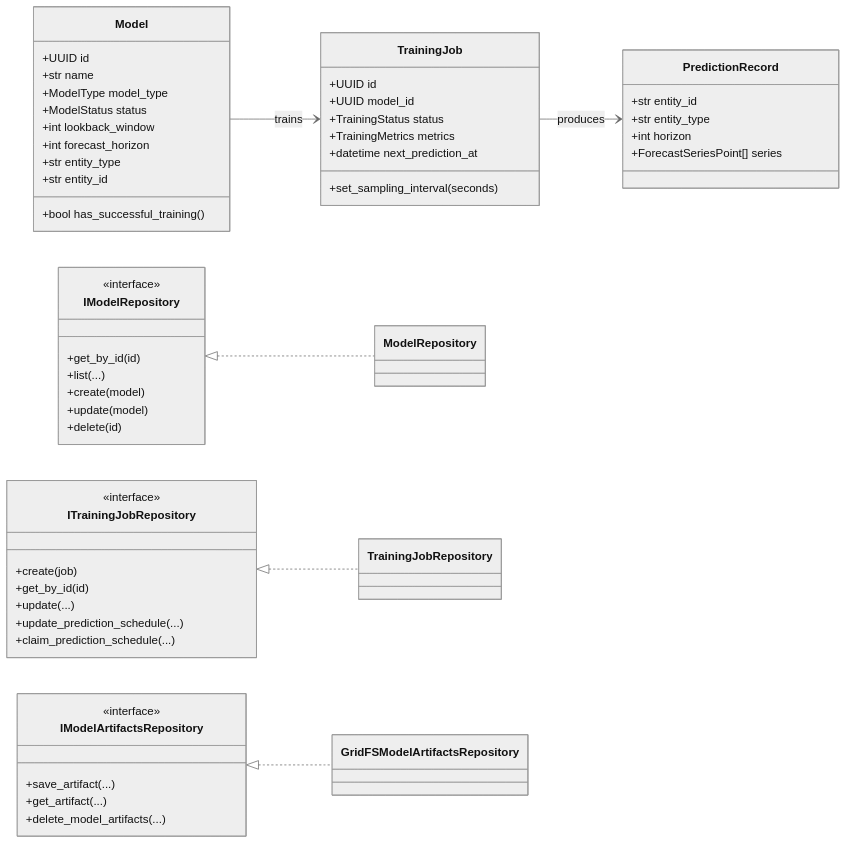
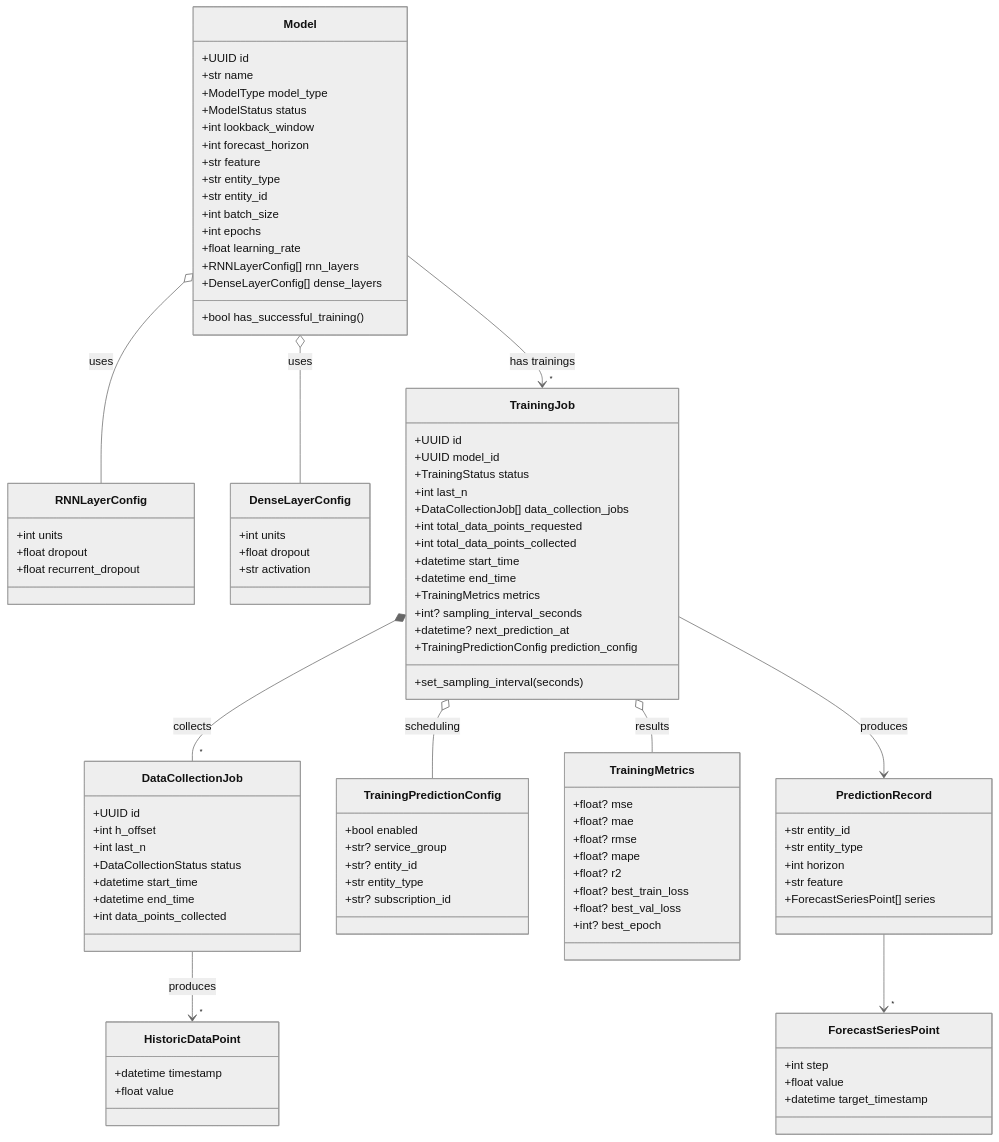
The diagram in docs/architecture/class-diagram.md (tcc-chronos/fiware-chronos), drawn with Mermaid (neutral theme) before and after one commit.

Commit message:
docs: fix class diagram

````diff
--- a/docs/architecture/class-diagram.md
+++ b/docs/architecture/class-diagram.md
@@ -5,6 +5,6 @@
 ```mermaid
 classDiagram
-  direction LR
+  direction TB
 
   class Model {
     +UUID id
@@ -13,60 +13,101 @@
     +ModelStatus status
     +int lookback_window
     +int forecast_horizon
+    +str feature
     +str entity_type
     +str entity_id
+    +int batch_size
+    +int epochs
+    +float learning_rate
+    +RNNLayerConfig[] rnn_layers
+    +DenseLayerConfig[] dense_layers
     +bool has_successful_training()
+  }
+
+  class RNNLayerConfig {
+    +int units
+    +float dropout
+    +float recurrent_dropout
+  }
+
+  class DenseLayerConfig {
+    +int units
+    +float dropout
+    +str activation
   }
 
   class TrainingJob {
     +UUID id
     +UUID model_id
     +TrainingStatus status
+    +int last_n
+    +DataCollectionJob[] data_collection_jobs
+    +int total_data_points_requested
+    +int total_data_points_collected
+    +datetime start_time
+    +datetime end_time
     +TrainingMetrics metrics
-    +datetime next_prediction_at
+    +int? sampling_interval_seconds
+    +datetime? next_prediction_at
+    +TrainingPredictionConfig prediction_config
     +set_sampling_interval(seconds)
+  }
+
+  class DataCollectionJob {
+    +UUID id
+    +int h_offset
+    +int last_n
+    +DataCollectionStatus status
+    +datetime start_time
+    +datetime end_time
+    +int data_points_collected
+  }
+
+  class TrainingPredictionConfig {
+    +bool enabled
+    +str? service_group
+    +str? entity_id
+    +str entity_type
+    +str? subscription_id
+  }
+
+  class TrainingMetrics {
+    +float? mse
+    +float? mae
+    +float? rmse
+    +float? mape
+    +float? r2
+    +float? best_train_loss
+    +float? best_val_loss
+    +int? best_epoch
   }
 
   class PredictionRecord {
     +str entity_id
     +str entity_type
     +int horizon
+    +str feature
     +ForecastSeriesPoint[] series
   }
 
-  class IModelRepository {
-    <<interface>>
-    +get_by_id(id)
-    +list(...)
-    +create(model)
-    +update(model)
-    +delete(id)
+  class ForecastSeriesPoint {
+    +int step
+    +float value
+    +datetime target_timestamp
   }
 
-  class ITrainingJobRepository {
-    <<interface>>
-    +create(job)
-    +get_by_id(id)
-    +update(...)
-    +update_prediction_schedule(...)
-    +claim_prediction_schedule(...)
+  class HistoricDataPoint {
+    +datetime timestamp
+    +float value
   }
 
-  class IModelArtifactsRepository {
-    <<interface>>
-    +save_artifact(...)
-    +get_artifact(...)
-    +delete_model_artifacts(...)
-  }
-
-  class ModelRepository
-  class TrainingJobRepository
-  class GridFSModelArtifactsRepository
-
-  Model --> TrainingJob : trains
+  Model --> "*" TrainingJob : has trainings
+  Model o-- RNNLayerConfig : uses
+  Model o-- DenseLayerConfig : uses
+  TrainingJob *-- "*" DataCollectionJob : collects
+  TrainingJob o-- TrainingMetrics : results
+  TrainingJob o-- TrainingPredictionConfig : scheduling
+  DataCollectionJob --> "*" HistoricDataPoint : produces
   TrainingJob --> PredictionRecord : produces
-
-  IModelRepository <|.. ModelRepository
-  ITrainingJobRepository <|.. TrainingJobRepository
-  IModelArtifactsRepository <|.. GridFSModelArtifactsRepository
+  PredictionRecord --> "*" ForecastSeriesPoint
 ```
````
